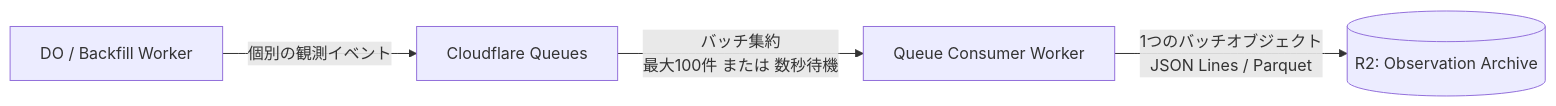
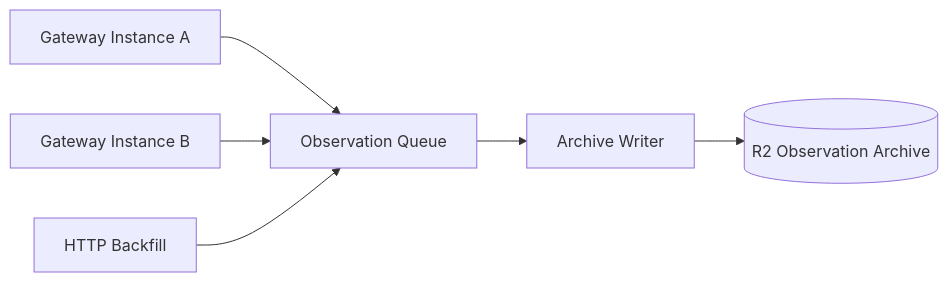
The diagram in docs/architecture/cloudflare/observations/README.md (ojiverse/datawarehouse), drawn with Mermaid before and after one commit. The commit also changed other lines of this file, not shown here.

Commit message:
docs: Observation write path を複数 Gateway producer 前提へ更新

````diff
--- a/docs/architecture/cloudflare/observations/README.md
+++ b/docs/architecture/cloudflare/observations/README.md
@@ -14,6 +21,8 @@
 ```mermaid
 flowchart LR
-    Ingest[DO / Backfill Worker] -->|個別の観測イベント| Queue[Cloudflare Queues]
-    Queue -->|バッチ集約<br>最大100件 または 数秒待機| Consumer[Queue Consumer Worker]
-    Consumer -->|1つのバッチオブジェクト<br>JSON Lines / Parquet| R2[(R2: Observation Archive)]
+    G1[Gateway Instance A] --> Q[Observation Queue]
+    G2[Gateway Instance B] --> Q
+    HTTP[HTTP Backfill] --> Q
+    Q --> Consumer[Archive Writer]
+    Consumer --> R2[(R2 Observation Archive)]
 ```
````
